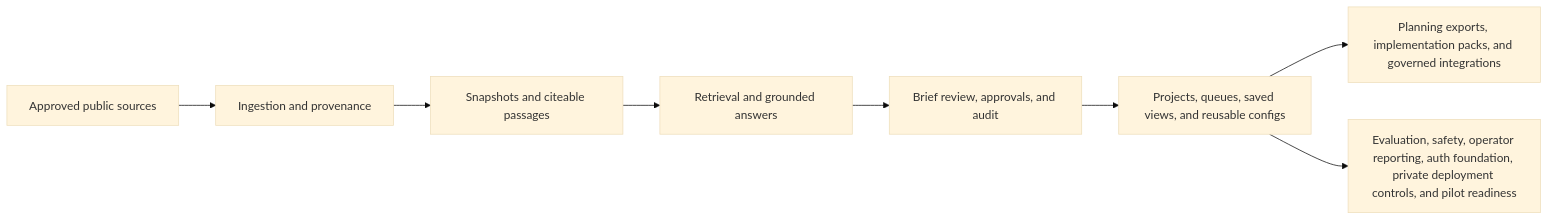
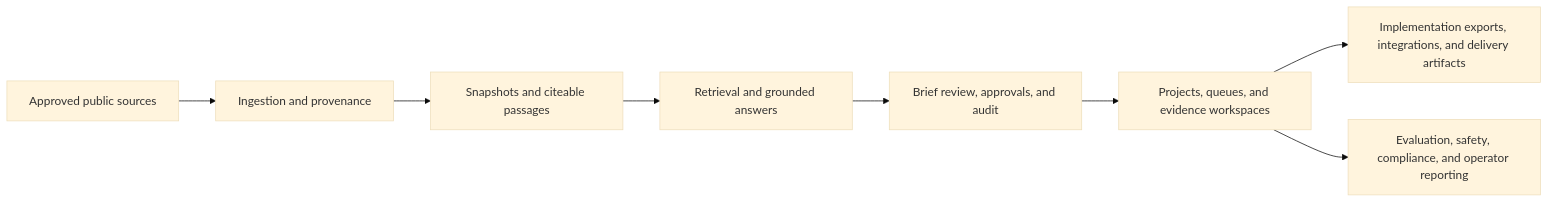
One commit to venkata-ramana/HealthForge changed the diagram in README.md. Above: the diagram before and after it, drawn with Mermaid (base theme). The commit also changed other lines of this file and 5 other files, not shown here.

````diff
--- a/README.md
+++ b/README.md
@@ -45,10 +43,10 @@
 ```mermaid
 flowchart LR
     A["Approved public sources"] --> B["Ingestion and provenance"]
     B --> C["Snapshots and citeable passages"]
     C --> D["Retrieval and grounded answers"]
     D --> E["Brief review, approvals, and audit"]
-    E --> F["Projects, queues, saved views, and reusable configs"]
-    F --> G["Planning exports, implementation packs, and governed integrations"]
-    F --> H["Evaluation, safety, operator reporting, auth foundation, private deployment controls, and pilot readiness"]
+    E --> F["Projects, queues, and evidence workspaces"]
+    F --> G["Implementation exports, integrations, and delivery artifacts"]
+    F --> H["Evaluation, safety, compliance, and operator reporting"]
 ```
````
